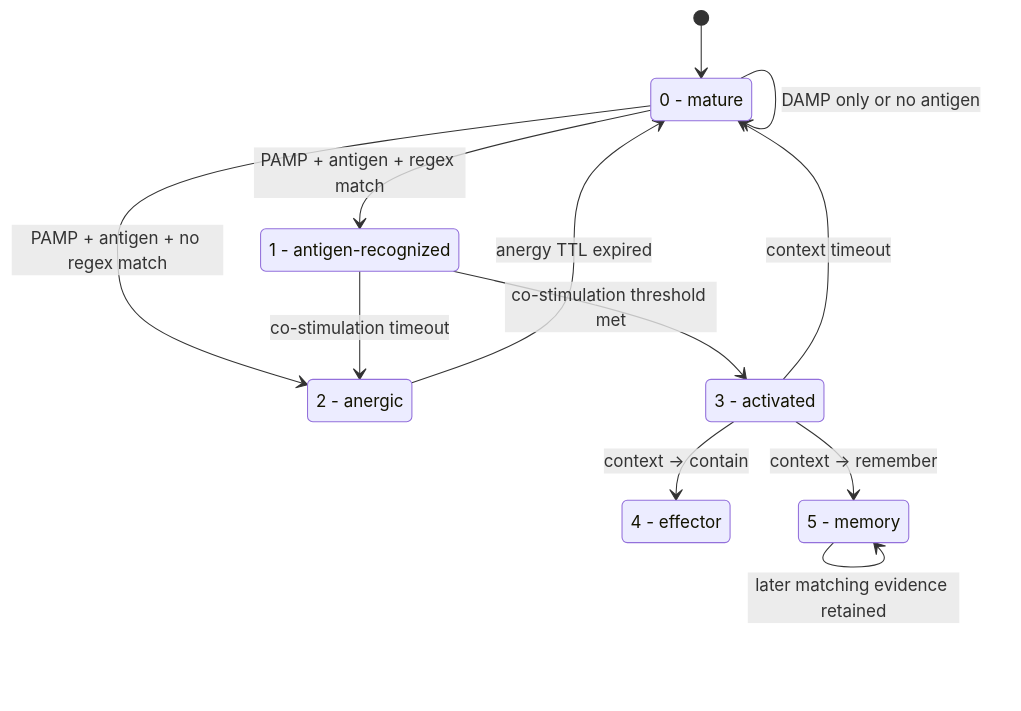
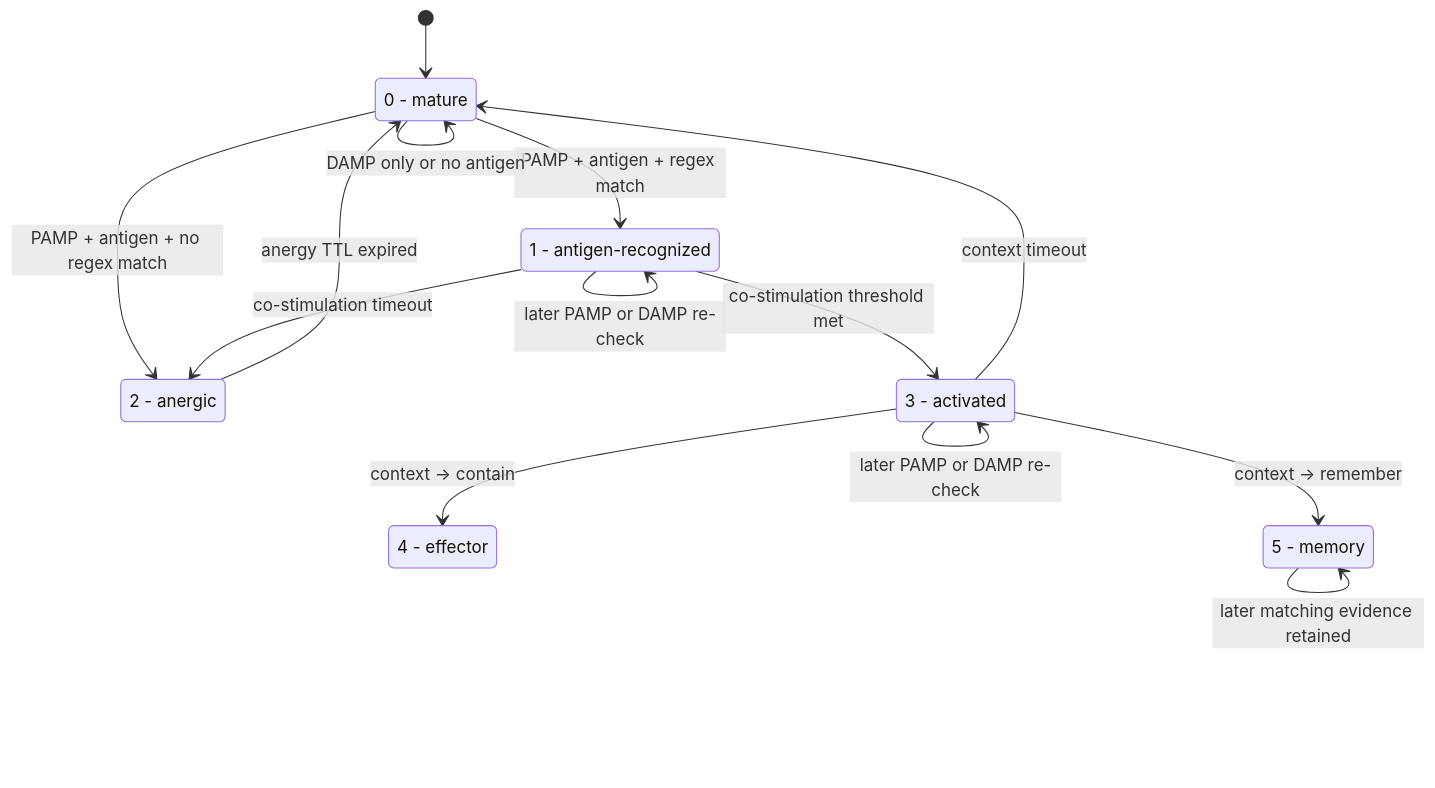
Before and after one commit to stratosphereips/StratosphereLinuxIPS: the diagram in modules/t_cell/README.md, drawn with Mermaid. The commit also changed other lines of this file, not shown here.

````diff
--- a/modules/t_cell/README.md
+++ b/modules/t_cell/README.md
@@ -36,22 +38,24 @@
 ```mermaid
 stateDiagram-v2
     [*] --> S0
 
     state "0 - mature" as S0
     state "1 - antigen-recognized" as S1
     state "2 - anergic" as S2
     state "3 - activated" as S3
     state "4 - effector" as S4
     state "5 - memory" as S5
 
     S0 --> S1 : PAMP + antigen + regex match
     S0 --> S2 : PAMP + antigen + no regex match
     S0 --> S0 : DAMP only or no antigen
     S2 --> S0 : anergy TTL expired
     S1 --> S3 : co-stimulation threshold met
+    S1 --> S1 : later PAMP or DAMP re-check
     S1 --> S2 : co-stimulation timeout
     S3 --> S4 : context -> contain
     S3 --> S5 : context -> remember
+    S3 --> S3 : later PAMP or DAMP re-check
     S3 --> S0 : context timeout
     S5 --> S5 : later matching evidence retained
 ```
````
